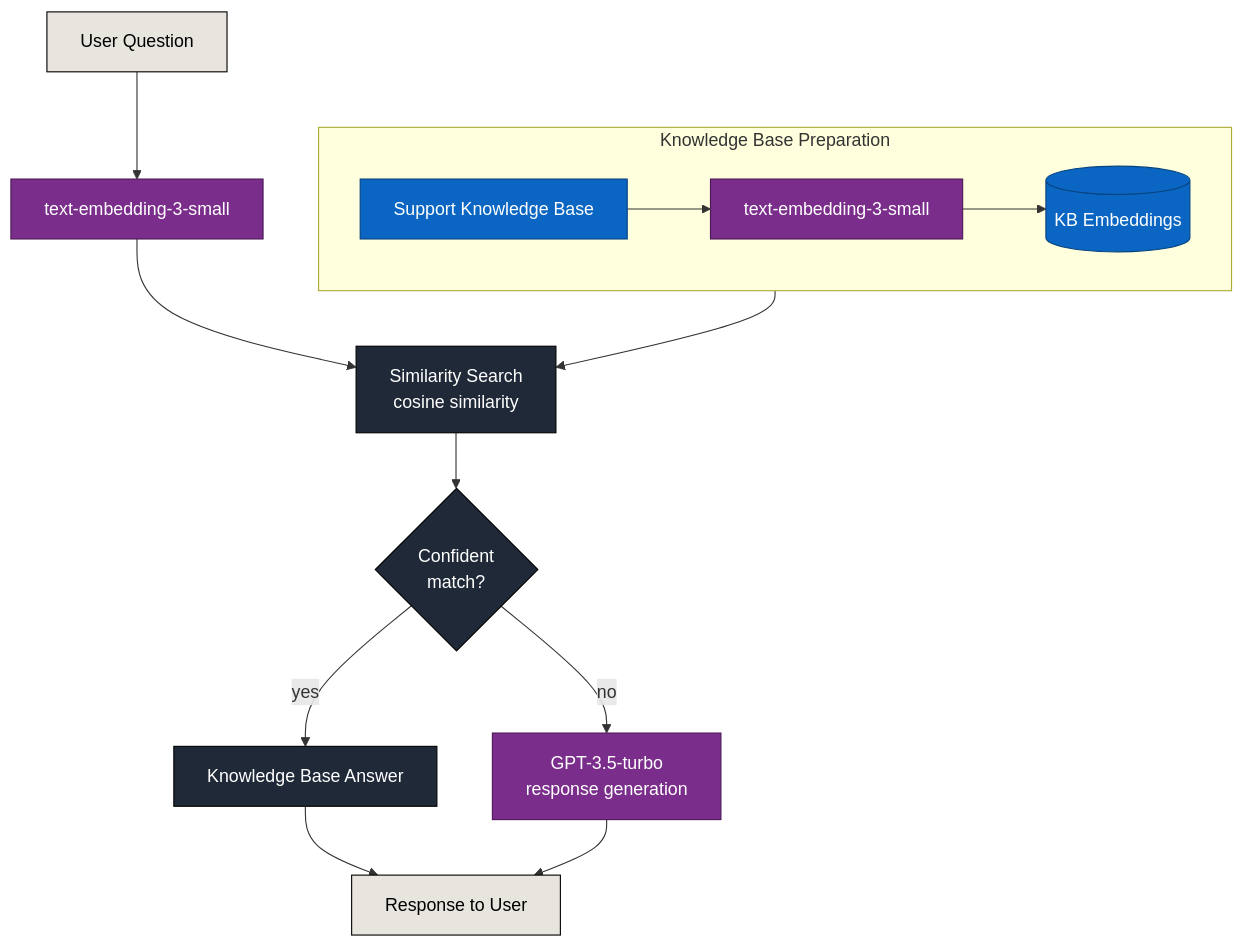
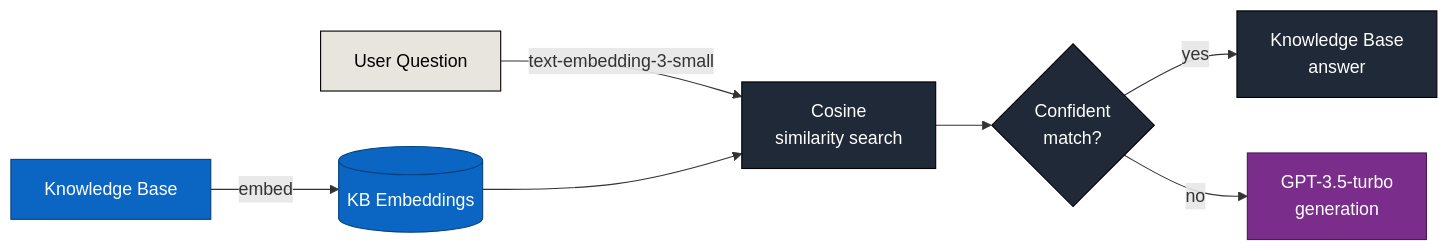
The seventh of 7 diagrams in README.md (StealthyPete12/StealthyPete12), drawn with Mermaid before and after one commit. The commit also changed other lines of this file, not shown here.

Commit message:
updated about me and architecture

````diff
--- a/README.md
+++ b/README.md
@@ -781,25 +657,17 @@
 ```mermaid
-flowchart TB
-    subgraph PREP["Knowledge Base Preparation"]
-        direction LR
-        KB["Support Knowledge Base"] --> EMBKB["text-embedding-3-small"] --> VEC[("KB Embeddings")]
-    end
-
-    USER["User Question"] --> EMBQ["text-embedding-3-small"]
-    EMBQ --> SIM["Similarity Search<br/>cosine similarity"]
-    VEC --> SIM
-    SIM --> CONF{"Confident<br/>match?"}
-    CONF -->|yes| KBANS["Knowledge Base Answer"]
-    CONF -->|no| GPT["GPT-3.5-turbo<br/>response generation"]
-    KBANS --> RESP["Response to User"]
-    GPT --> RESP
+flowchart LR
+    KB["Knowledge Base"] -->|embed| VEC[("KB Embeddings")]
+    USER["User Question"] -->|text-embedding-3-small| SIM["Cosine<br/>similarity search"]
+    VEC --> SIM --> CONF{"Confident<br/>match?"}
+    CONF -->|yes| KBANS["Knowledge Base<br/>answer"]
+    CONF -->|no| GPT["GPT-3.5-turbo<br/>generation"]
 
     classDef client fill:#E8E4DE,stroke:#000,color:#000
     classDef core fill:#1F2937,stroke:#000,color:#fff
     classDef ai fill:#7B2D8B,stroke:#4A1A55,color:#fff
     classDef data fill:#0A66C2,stroke:#06427F,color:#fff
-    class USER,RESP client
+    class USER client
     class SIM,CONF,KBANS core
-    class EMBKB,EMBQ,GPT ai
+    class GPT ai
     class KB,VEC data
 ```
````
